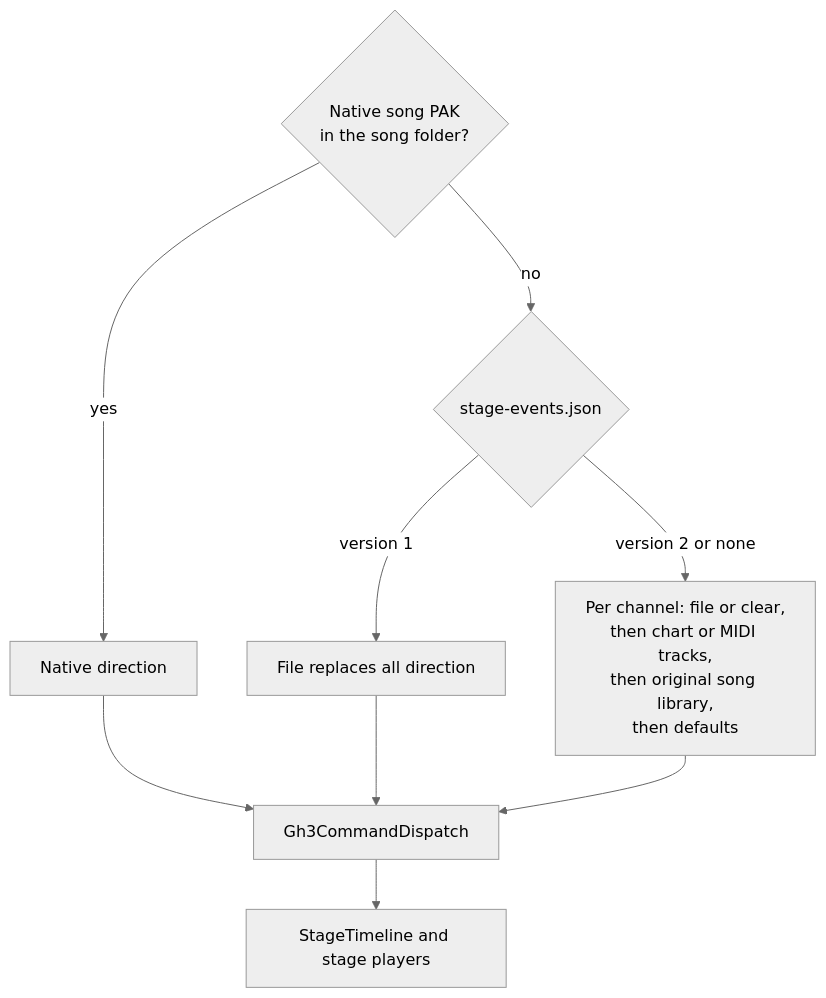
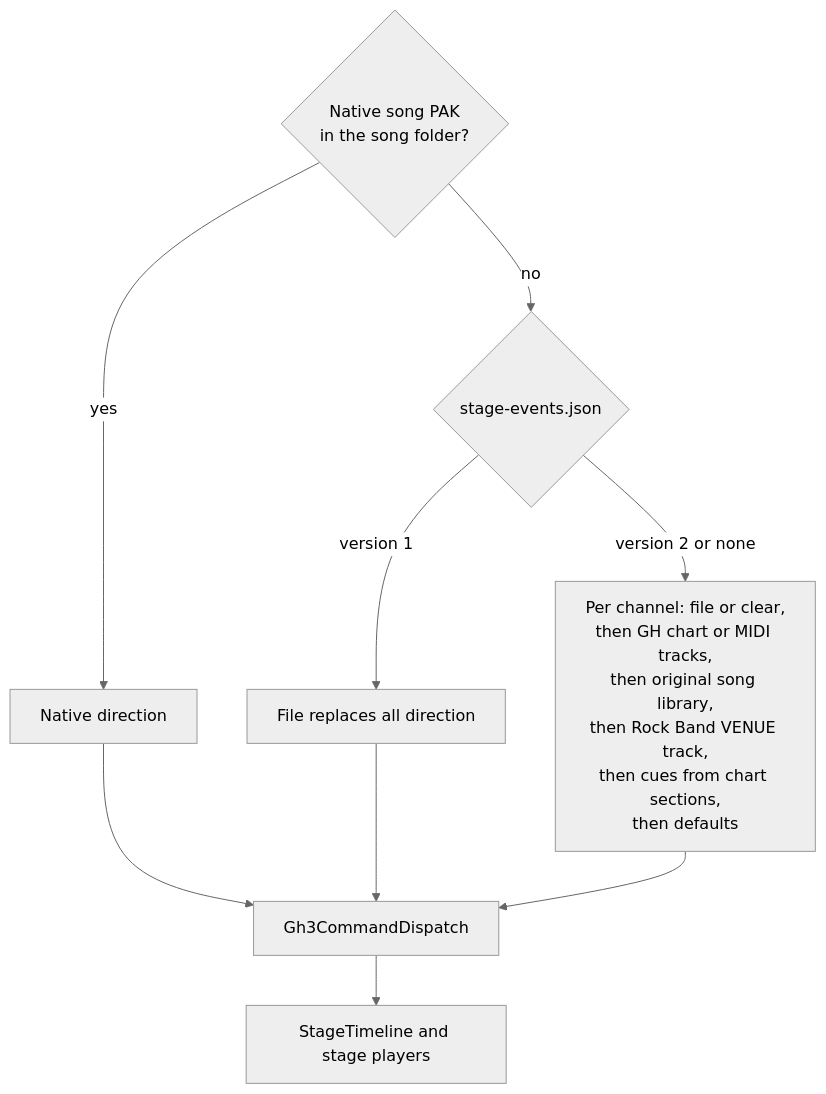
The second of 2 diagrams in docs/ARCHITECTURE.md (heditwo/gh3-clonehero-skin), drawn with Mermaid (neutral theme) before and after one commit. The commit also changed other lines of this file and 12 other files, not shown here.

Commit message:
Direct the venues from the Rock Band VENUE track and from chart sections

````diff
--- a/docs/ARCHITECTURE.md
+++ b/docs/ARCHITECTURE.md
@@ -86,11 +86,11 @@
 ```mermaid
 flowchart TD
     Native{Native song PAK<br/>in the song folder?} -- yes --> NativeDirection[Native direction]
     Native -- no --> File{stage-events.json}
     File -- version 1 --> Replace[File replaces all direction]
-    File -- version 2 or none --> Channels[Per channel: file or clear,<br/>then chart or MIDI tracks,<br/>then original song library,<br/>then defaults]
+    File -- version 2 or none --> Channels[Per channel: file or clear,<br/>then GH chart or MIDI tracks,<br/>then original song library,<br/>then Rock Band VENUE track,<br/>then cues from chart sections,<br/>then defaults]
     NativeDirection --> Dispatch[Gh3CommandDispatch]
     Replace --> Dispatch
     Channels --> Dispatch
     Dispatch --> Timeline[StageTimeline and stage players]
 ```
````
